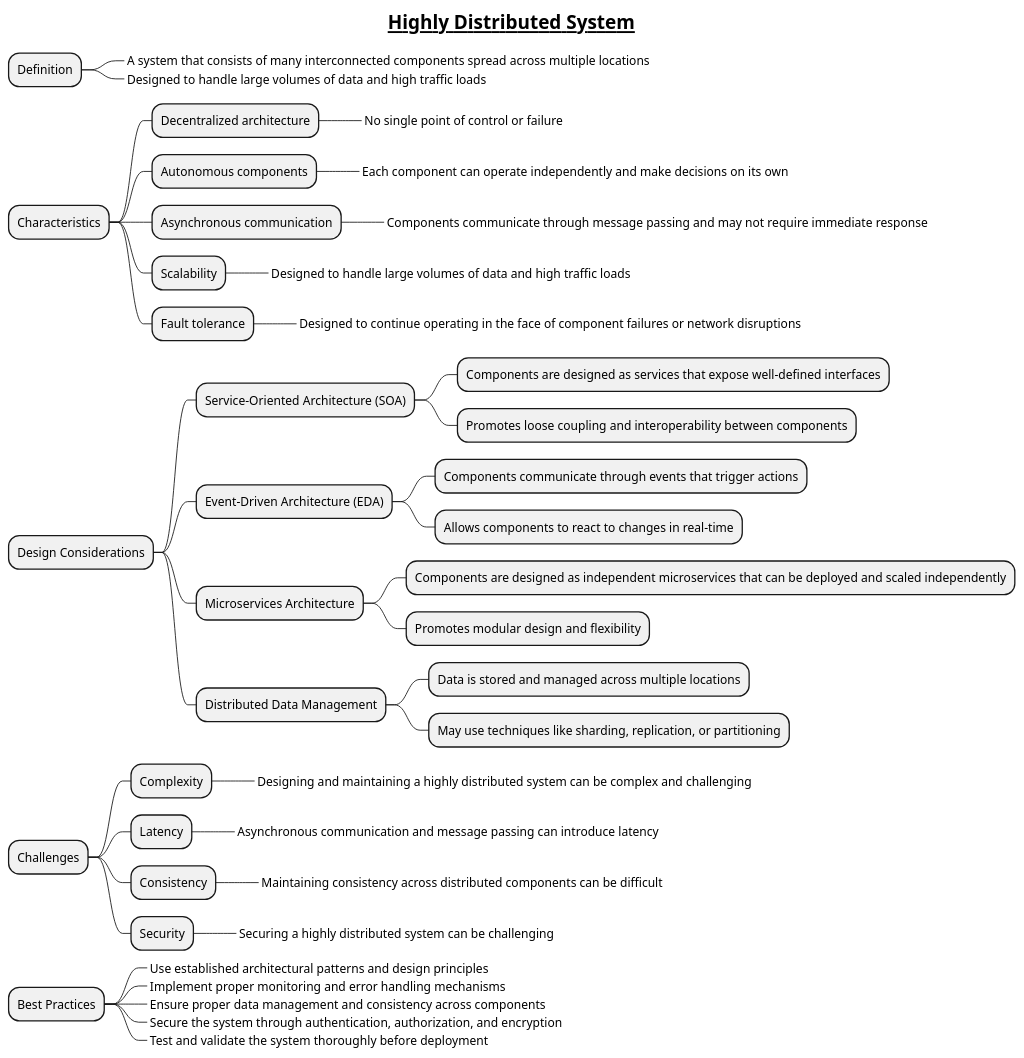
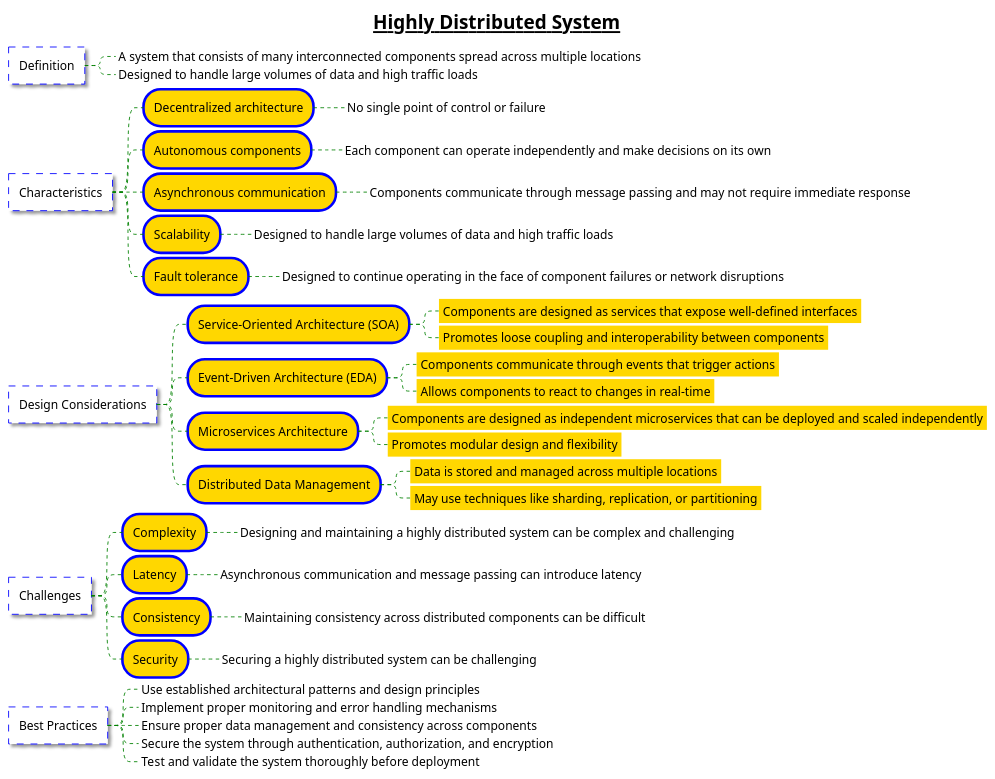
The diagram in docs/Requirement-Engineering/levels-of-distributed-system/Highly-Distributed-System.puml (MehmoodHashmi/Documentation-as-Code-DaC), drawn with PlantUML before and after one commit. The commit also changed 29 other files, not shown here.

```diff
--- a/docs/Requirement-Engineering/levels-of-distributed-system/Highly-Distributed-System.puml
+++ b/docs/Requirement-Engineering/levels-of-distributed-system/Highly-Distributed-System.puml
@@ -2,50 +2,84 @@
 @startmindmap
+<style>
+node {
+    Padding 12
+    Margin 3
+    HorizontalAlignment center
+    LineColor blue
+    LineThickness 3.0
+    BackgroundColor gold
+    RoundCorner 40
+    MaximumWidth 1000
+}
+
+rootNode {
+    LineStyle 8.0;3.0
+    LineColor red
+    BackgroundColor white
+    LineThickness 1.0
+    RoundCorner 0
+    Shadowing 1.0
+}
+
+leafNode {
+    LineColor gold
+    RoundCorner 0
+    Padding 3
+}
+
+arrow {
+    LineStyle 4
+    LineThickness 1.0
+    LineColor green
+}
+</style>
+
 title =__Highly Distributed System__
 
 * Definition
 **_ A system that consists of many interconnected components spread across multiple locations
 **_ Designed to handle large volumes of data and high traffic loads
 
 * Characteristics
 ** Decentralized architecture
 ***_ No single point of control or failure
 ** Autonomous components
 ***_ Each component can operate independently and make decisions on its own
 ** Asynchronous communication
 ***_ Components communicate through message passing and may not require immediate response
 ** Scalability
 ***_ Designed to handle large volumes of data and high traffic loads
 ** Fault tolerance
 ***_ Designed to continue operating in the face of component failures or network disruptions
 
 * Design Considerations
 ** Service-Oriented Architecture (SOA)
 *** Components are designed as services that expose well-defined interfaces
 *** Promotes loose coupling and interoperability between components
 ** Event-Driven Architecture (EDA)
 *** Components communicate through events that trigger actions
 *** Allows components to react to changes in real-time
 ** Microservices Architecture
 *** Components are designed as independent microservices that can be deployed and scaled independently
 *** Promotes modular design and flexibility
 ** Distributed Data Management
 *** Data is stored and managed across multiple locations
 *** May use techniques like sharding, replication, or partitioning
 
 * Challenges
 ** Complexity
 ***_ Designing and maintaining a highly distributed system can be complex and challenging
 ** Latency
 ***_ Asynchronous communication and message passing can introduce latency
 ** Consistency
 ***_ Maintaining consistency across distributed components can be difficult
 ** Security
 ***_ Securing a highly distributed system can be challenging
 
 * Best Practices
 **_ Use established architectural patterns and design principles
 **_ Implement proper monitoring and error handling mechanisms
 **_ Ensure proper data management and consistency across components
 **_ Secure the system through authentication, authorization, and encryption
 **_ Test and validate the system thoroughly before deployment
 @endmindmap
```
